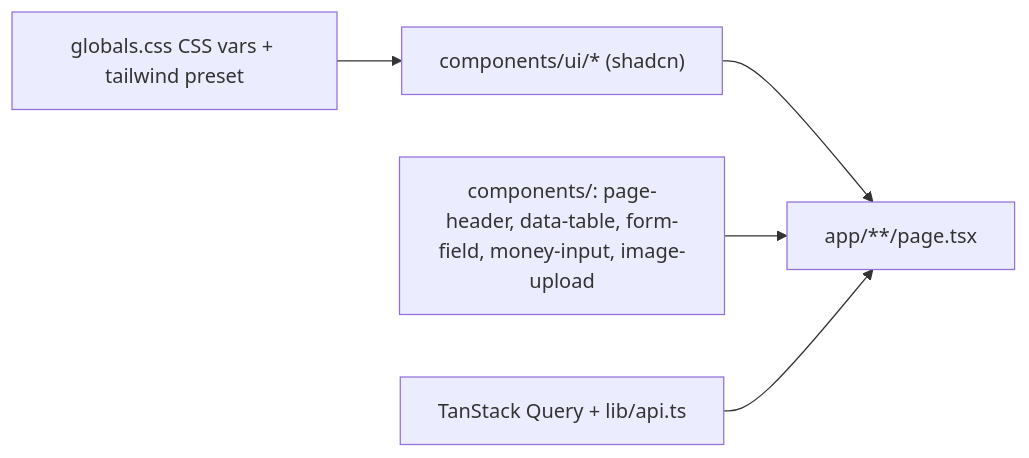
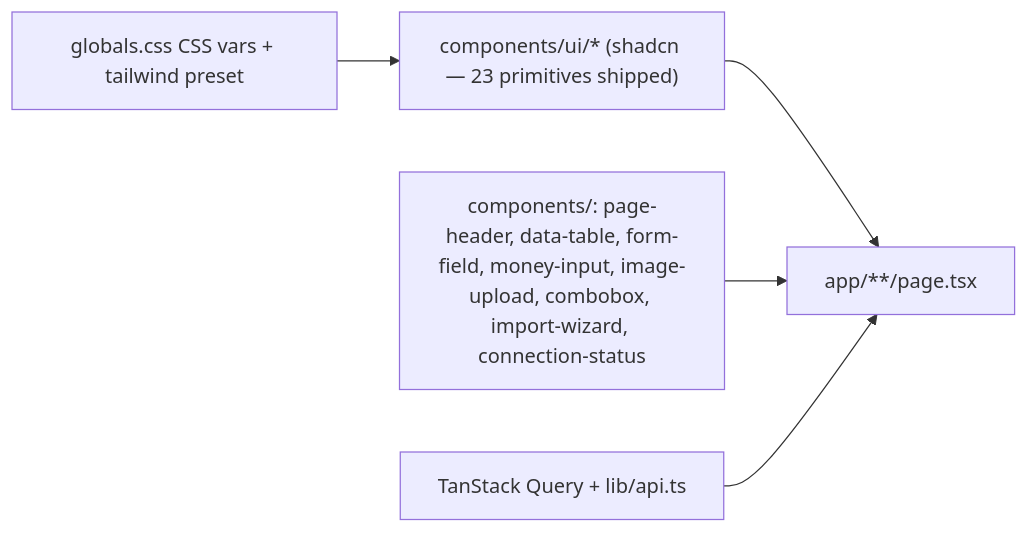
Before and after one commit to unicord26/invoxia: the first of 4 diagrams in docs/architecture/14-ui-frontend/ui-architecture-shadcn.md, drawn with Mermaid. The commit also changed other lines of this file and 7 other files, not shown here.

First line of the commit message:
docs: refresh architecture docs for M1 completion and Phase 12 offline sync

````diff
--- a/docs/architecture/14-ui-frontend/ui-architecture-shadcn.md
+++ b/docs/architecture/14-ui-frontend/ui-architecture-shadcn.md
@@ -7,7 +7,7 @@
 ```mermaid
 flowchart LR
-  Tokens["globals.css CSS vars + tailwind preset"] --> UI["components/ui/* (shadcn)"]
+  Tokens["globals.css CSS vars + tailwind preset"] --> UI["components/ui/* (shadcn — 23 primitives shipped)"]
   UI --> Screens["app/**/page.tsx"]
-  Shared["components/: page-header, data-table, form-field, money-input, image-upload"] --> Screens
+  Shared["components/: page-header, data-table, form-field, money-input, image-upload, combobox, import-wizard, connection-status"] --> Screens
   Query["TanStack Query + lib/api.ts"] --> Screens
 ```
````
